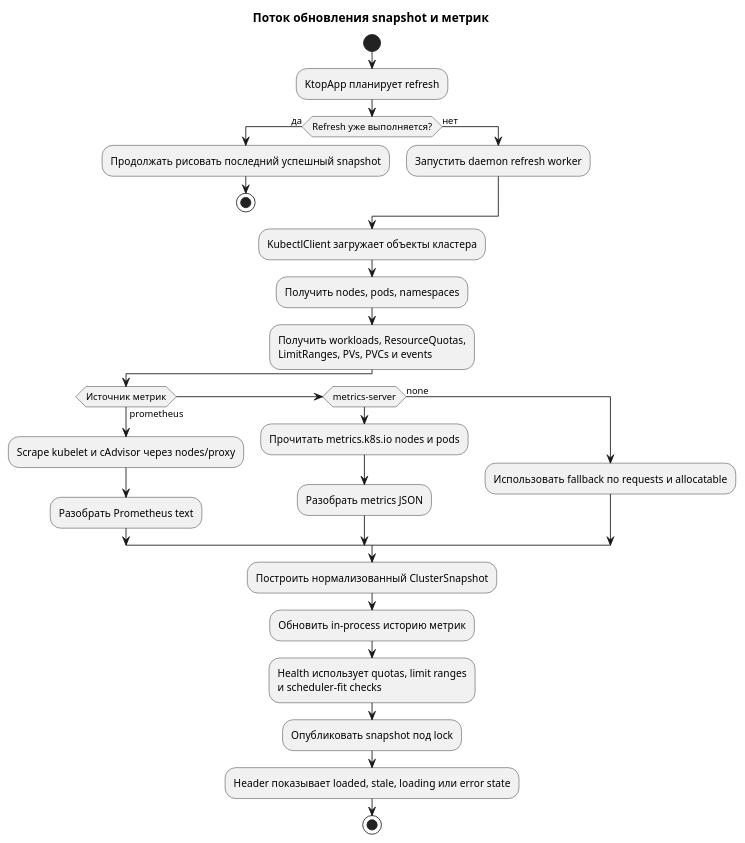
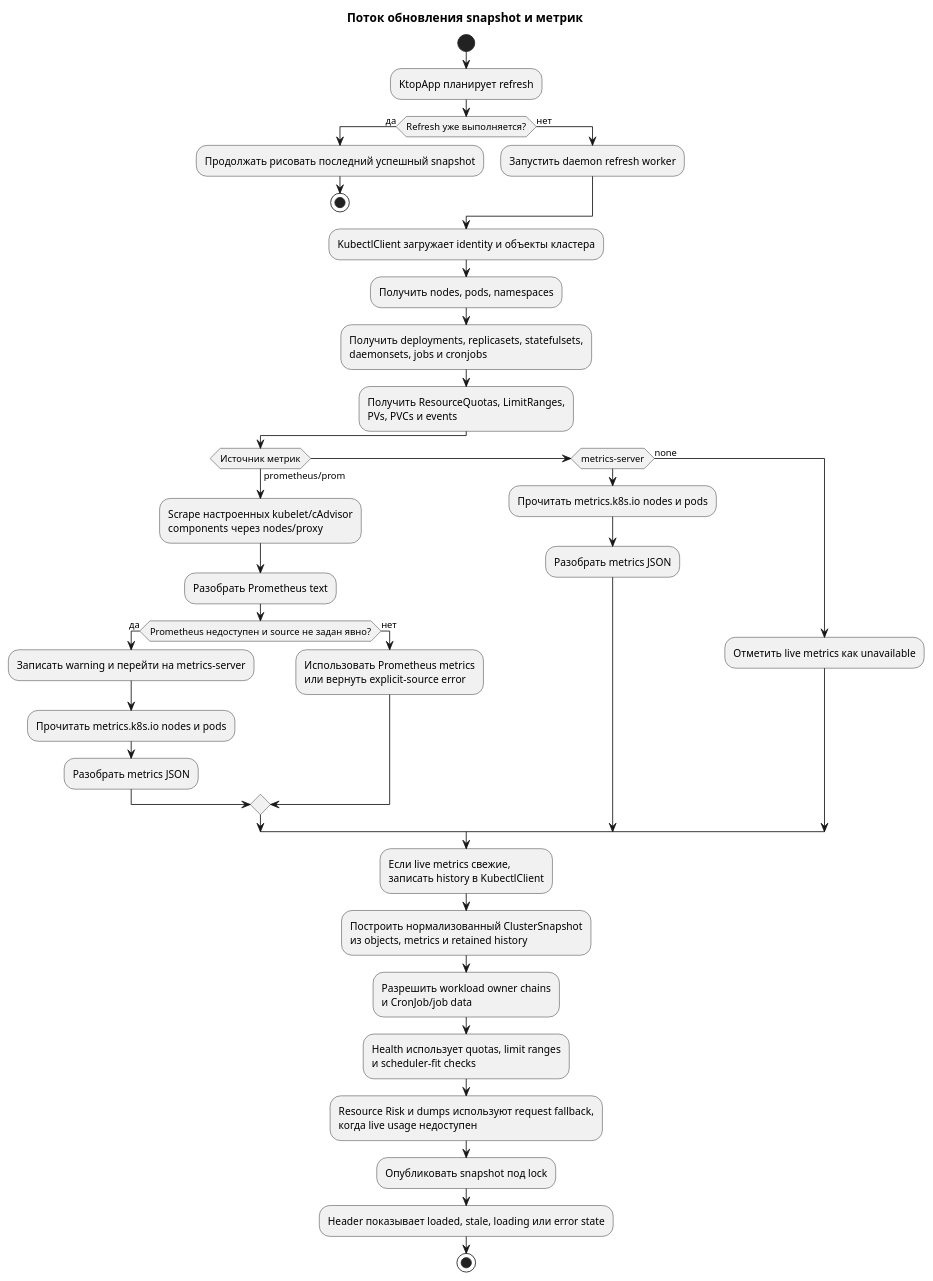
Before and after one commit to dtarasov7/ktop-py: the diagram in diagramms/snapshot-flow-ru.puml, drawn with PlantUML. The commit also changed 16 other files, not shown here.

```diff
--- a/diagramms/snapshot-flow-ru.puml
+++ b/diagramms/snapshot-flow-ru.puml
@@ -1,36 +1,46 @@
 @startuml ktop_py_snapshot_flow_ru
 title Поток обновления snapshot и метрик
 
 skinparam backgroundColor white
 skinparam shadowing false
 
 start
 :KtopApp планирует refresh;
 if (Refresh уже выполняется?) then (да)
   :Продолжать рисовать последний успешный snapshot;
   stop
 else (нет)
   :Запустить daemon refresh worker;
 endif
 
-:KubectlClient загружает объекты кластера;
+:KubectlClient загружает identity и объекты кластера;
 :Получить nodes, pods, namespaces;
-:Получить workloads, ResourceQuotas,\nLimitRanges, PVs, PVCs и events;
-if (Источник метрик) then (prometheus)
-  :Scrape kubelet и cAdvisor через nodes/proxy;
+:Получить deployments, replicasets, statefulsets,\ndaemonsets, jobs и cronjobs;
+:Получить ResourceQuotas, LimitRanges,\nPVs, PVCs и events;
+if (Источник метрик) then (prometheus/prom)
+  :Scrape настроенных kubelet/cAdvisor\ncomponents через nodes/proxy;
   :Разобрать Prometheus text;
+  if (Prometheus недоступен и source не задан явно?) then (да)
+    :Записать warning и перейти на metrics-server;
+    :Прочитать metrics.k8s.io nodes и pods;
+    :Разобрать metrics JSON;
+  else (нет)
+    :Использовать Prometheus metrics\nили вернуть explicit-source error;
+  endif
 elseif (metrics-server)
   :Прочитать metrics.k8s.io nodes и pods;
   :Разобрать metrics JSON;
 else (none)
-  :Использовать fallback по requests и allocatable;
+  :Отметить live metrics как unavailable;
 endif
 
-:Построить нормализованный ClusterSnapshot;
-:Обновить in-process историю метрик;
+:Если live metrics свежие,\nзаписать history в KubectlClient;
+:Построить нормализованный ClusterSnapshot\nиз objects, metrics и retained history;
+:Разрешить workload owner chains\nи CronJob/job data;
 :Health использует quotas, limit ranges\nи scheduler-fit checks;
+:Resource Risk и dumps используют request fallback,\nкогда live usage недоступен;
 :Опубликовать snapshot под lock;
 :Header показывает loaded, stale, loading или error state;
 stop
 
 @enduml
```
